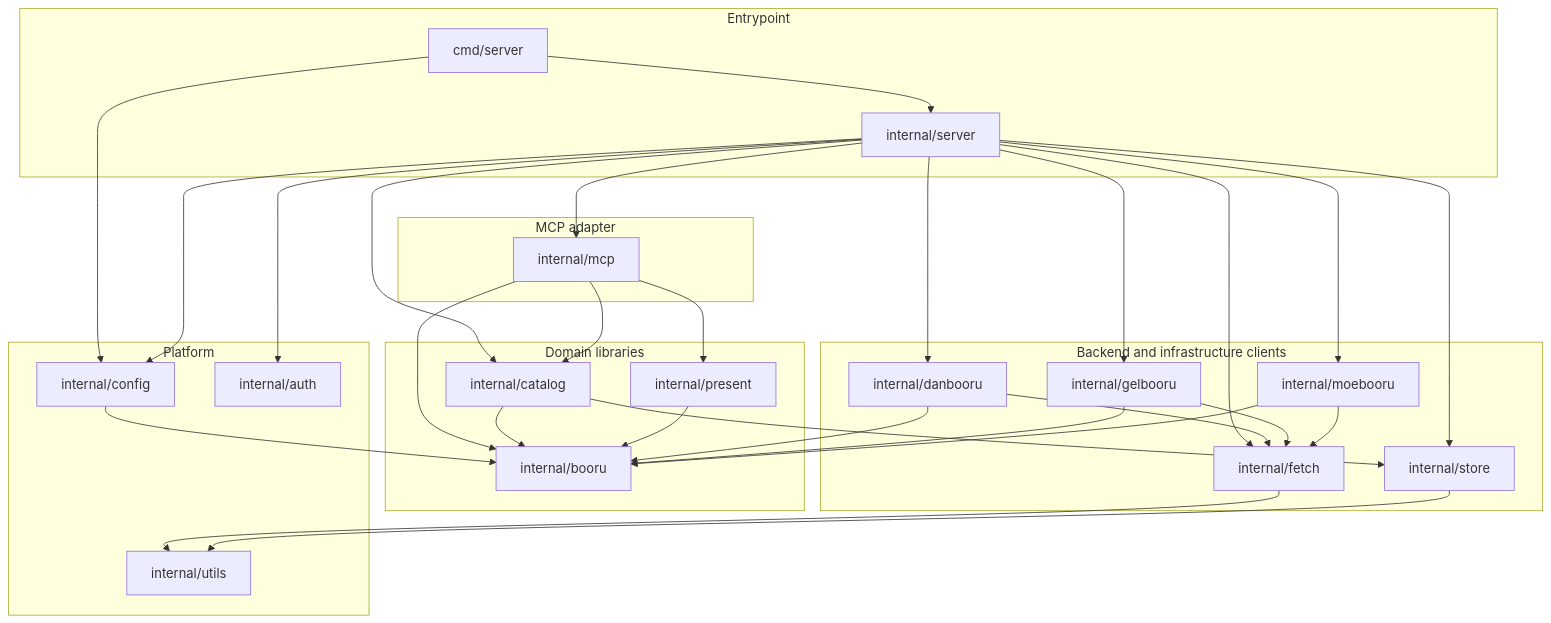
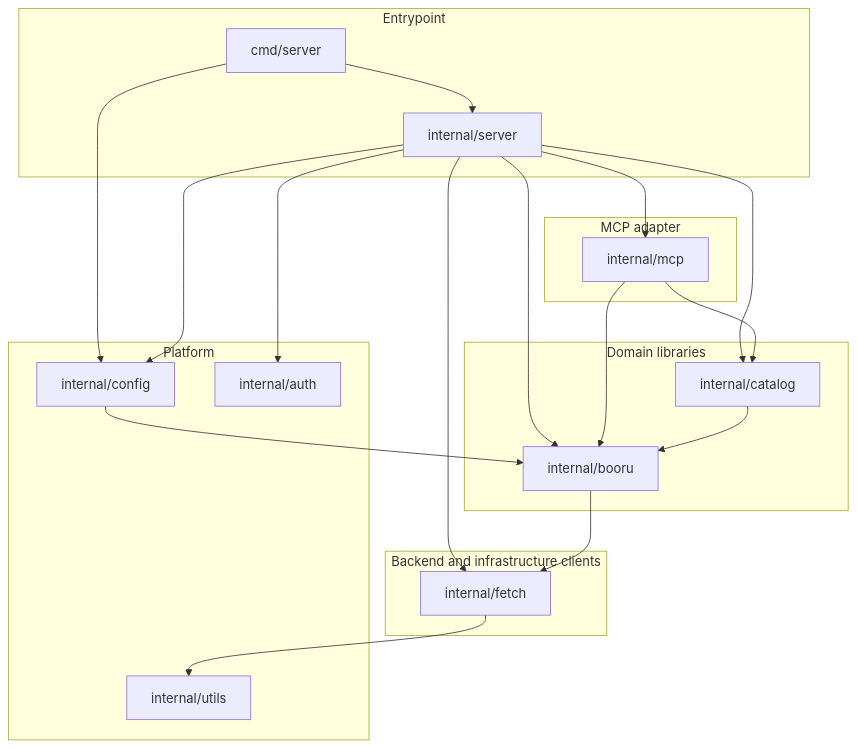
One commit to wishmatic/booru-mcp changed the diagram in AGENTS.md. Above: the diagram before and after it, drawn with Mermaid. The commit also changed other lines of this file and 75 other files, not shown here.

````diff
--- a/AGENTS.md
+++ b/AGENTS.md
@@ -55,64 +57,46 @@
 ```mermaid
 flowchart TD
     subgraph entry[Entrypoint]
         cmd["cmd/server"]
         server["internal/server"]
     end
 
     subgraph mcpLayer[MCP adapter]
         mcp["internal/mcp"]
     end
 
     subgraph domain[Domain libraries]
         catalog["internal/catalog"]
         booru["internal/booru"]
-        present["internal/present"]
     end
 
     subgraph clients[Backend and infrastructure clients]
-        danbooru["internal/danbooru"]
-        gelbooru["internal/gelbooru"]
-        moebooru["internal/moebooru"]
         fetch["internal/fetch"]
-        store["internal/store"]
     end
 
     subgraph platform[Platform]
         config["internal/config"]
         auth["internal/auth"]
         utils["internal/utils"]
     end
 
     cmd --> server
     cmd --> config
 
     server --> mcp
     server --> catalog
-    server --> danbooru
-    server --> gelbooru
-    server --> moebooru
+    server --> booru
     server --> fetch
-    server --> store
     server --> auth
     server --> config
 
     mcp --> catalog
     mcp --> booru
-    mcp --> present
 
     catalog --> booru
-    catalog --> store
 
-    present --> booru
-
-    danbooru --> booru
-    danbooru --> fetch
-    gelbooru --> booru
-    gelbooru --> fetch
-    moebooru --> booru
-    moebooru --> fetch
+    booru --> fetch
 
     fetch --> utils
-    store --> utils
     config --> booru
 ```
````
